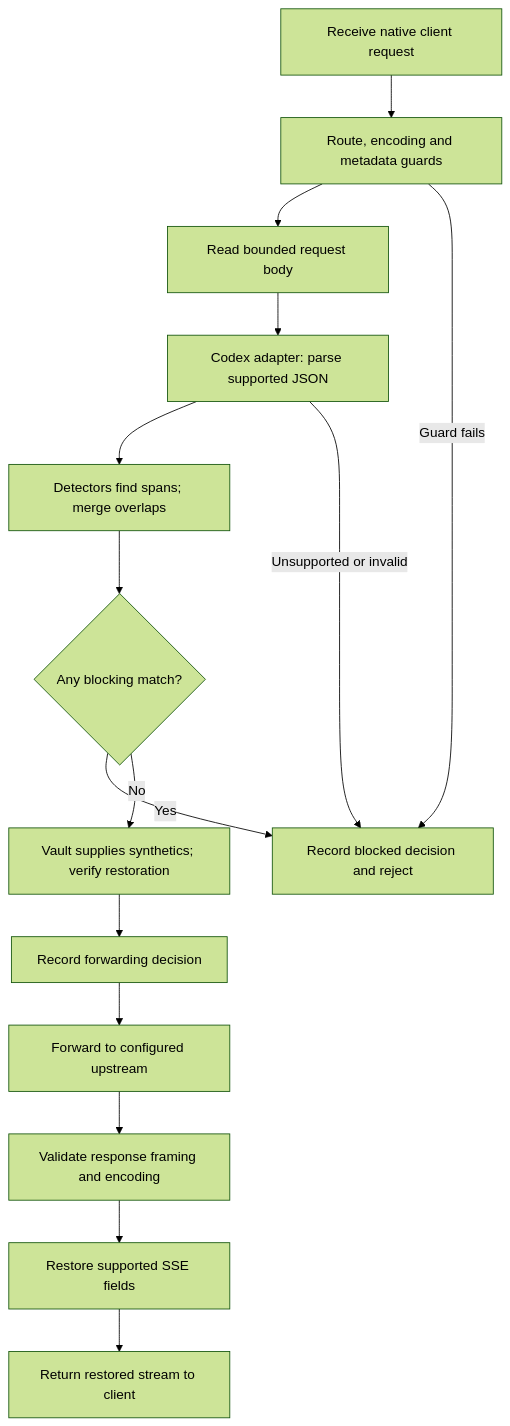
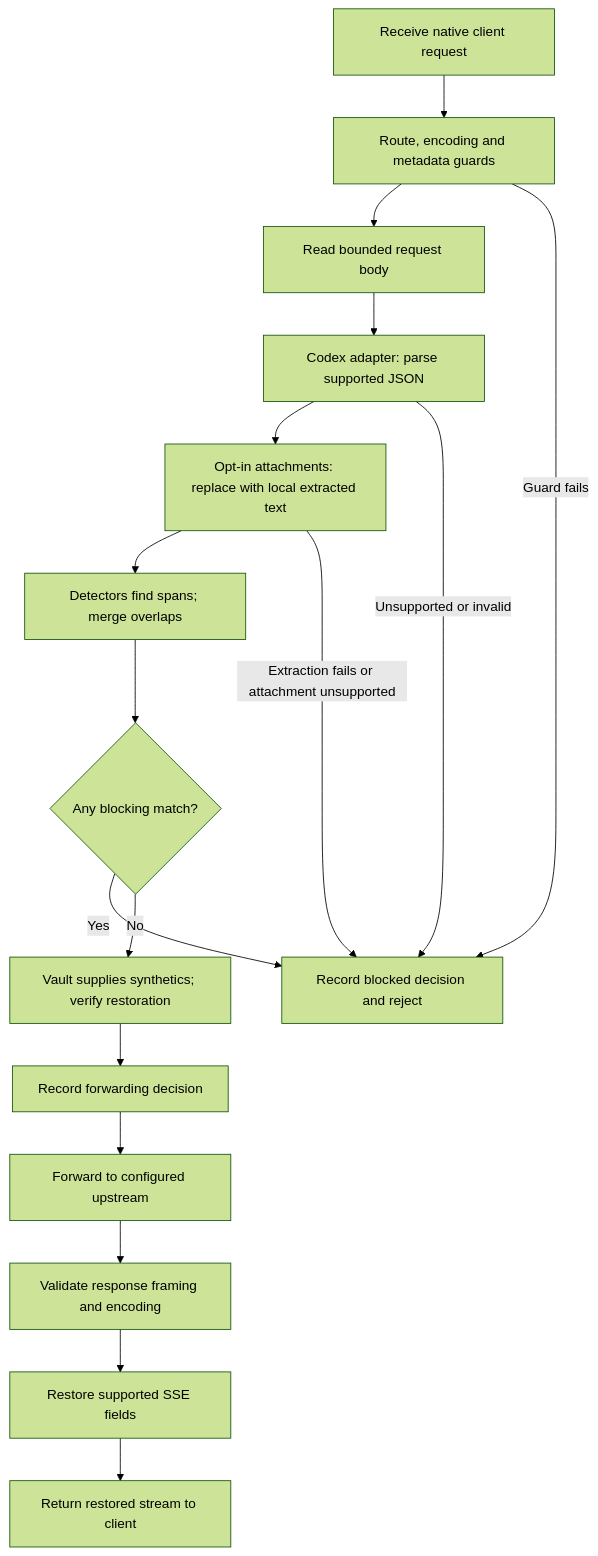
The second of 2 diagrams in docs/architecture.md (rozdolsky33/cui-proxy), drawn with Mermaid (forest theme) before and after one commit. The commit also changed other lines of this file and 44 other files, not shown here.

Commit message:
feat(proxy): inspect attachments as text and publish operator guidance

````diff
--- a/docs/architecture.md
+++ b/docs/architecture.md
@@ -39,17 +39,19 @@
 ```mermaid
 flowchart TD
     A[Receive native client request] --> B[Route, encoding and metadata guards]
     B --> C[Read bounded request body]
     C --> D[Codex adapter: parse supported JSON]
-    D --> E[Detectors find spans; merge overlaps]
+    D --> A1[Opt-in attachments: replace with local extracted text]
+    A1 --> E[Detectors find spans; merge overlaps]
+    A1 -->|Extraction fails or attachment unsupported| X
     E --> F{Any blocking match?}
     F -->|Yes| X[Record blocked decision and reject]
     F -->|No| G[Vault supplies synthetics; verify restoration]
     G --> H[Record forwarding decision]
     H --> I[Forward to configured upstream]
     I --> J[Validate response framing and encoding]
     J --> K[Restore supported SSE fields]
     K --> L[Return restored stream to client]
     B -->|Guard fails| X
     D -->|Unsupported or invalid| X
 ```
````
